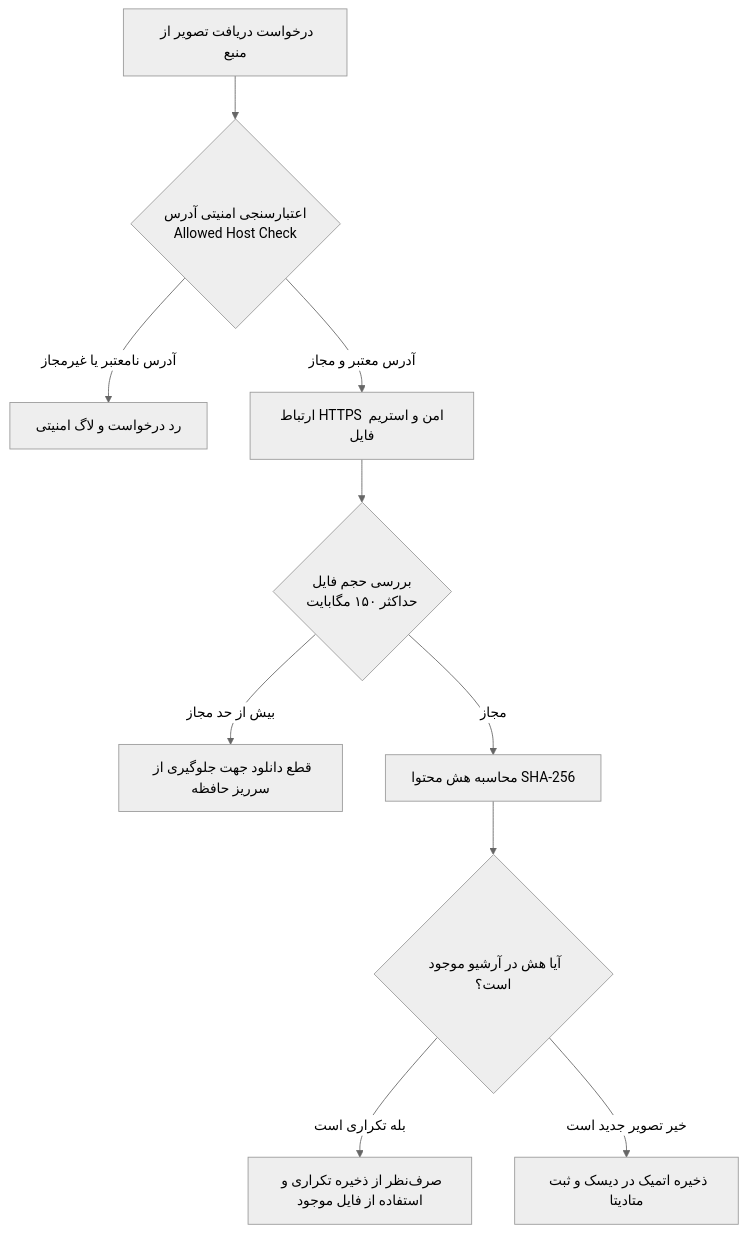
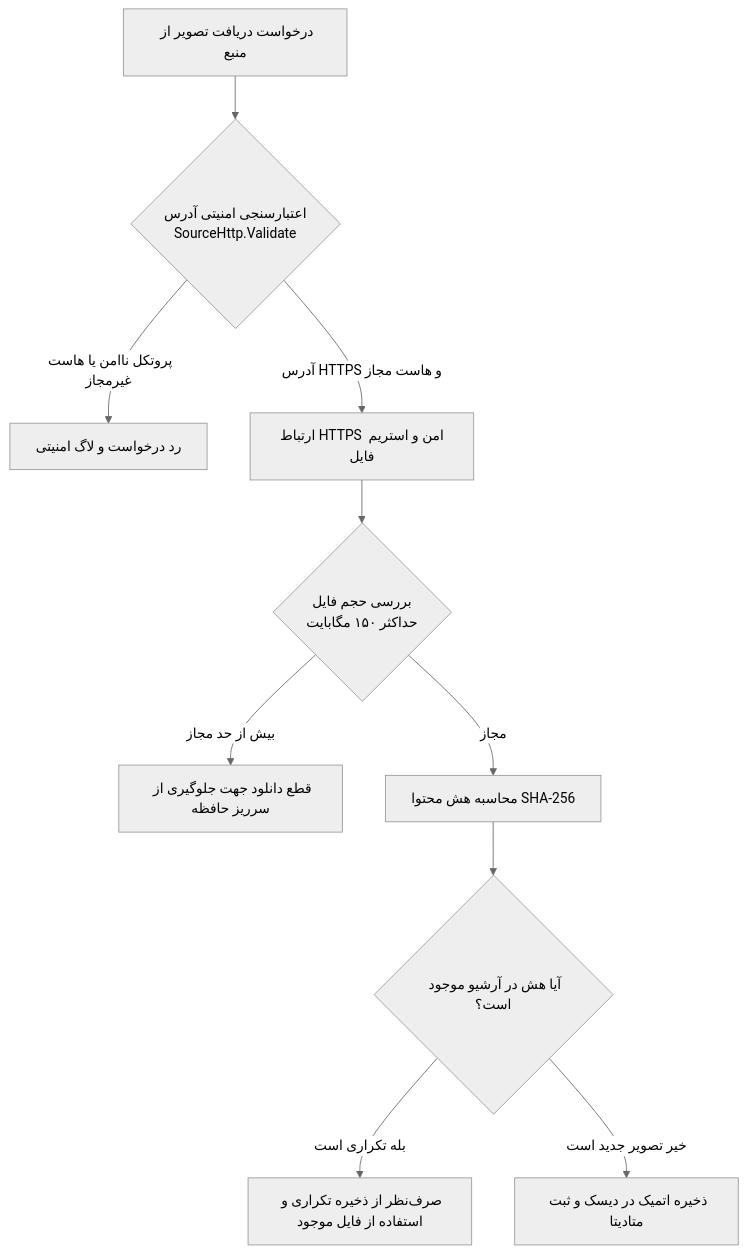
One commit to taimazus/SetWinWallpaper changed the diagram in docs/SOURCES_AND_API.md. Above: the diagram before and after it, drawn with Mermaid (neutral theme). The commit also changed other lines of this file and 14 other files, not shown here.

Commit message:
docs: synchronize README, architecture, CLI, sources, and wiki with v1.7.0 features and 75 tests

````diff
--- a/docs/SOURCES_AND_API.md
+++ b/docs/SOURCES_AND_API.md
@@ -40,15 +55,15 @@
 ```mermaid
 flowchart TD
-    Req[درخواست دریافت تصویر از منبع] --> SecCheck{اعتبارسنجی امنیتی آدرس<br/>Allowed Host Check}
+    Req[درخواست دریافت تصویر از منبع] --> SecCheck{اعتبارسنجی امنیتی آدرس<br/>SourceHttp.Validate}
     
-    SecCheck -- آدرس نامعتبر یا غیرمجاز --> Err[رد درخواست و لاگ امنیتی]
-    SecCheck -- آدرس معتبر و مجاز --> HttpStream[ارتباط HTTPS امن و استریم فایل]
+    SecCheck -- پروتکل ناامن یا هاست غیرمجاز --> Err[رد درخواست و لاگ امنیتی]
+    SecCheck -- آدرس HTTPS و هاست مجاز --> HttpStream[ارتباط HTTPS امن و استریم فایل]
     
     HttpStream --> SizeCheck{بررسی حجم فایل<br/>حداکثر ۱۵۰ مگابایت}
     SizeCheck -- بیش از حد مجاز --> Err2[قطع دانلود جهت جلوگیری از سرریز حافظه]
     SizeCheck -- مجاز --> HashCalc[محاسبه هش محتوا SHA-256]
     
     HashCalc --> DupCheck{آیا هش در آرشیو موجود است؟}
     DupCheck -- بله تکراری است --> SkipWrite[صرف‌نظر از ذخیره تکراری و استفاده از فایل موجود]
     DupCheck -- خیر تصویر جدید است --> SaveDisk[ذخیره اتمیک در دیسک و ثبت متادیتا]
 ```
````
